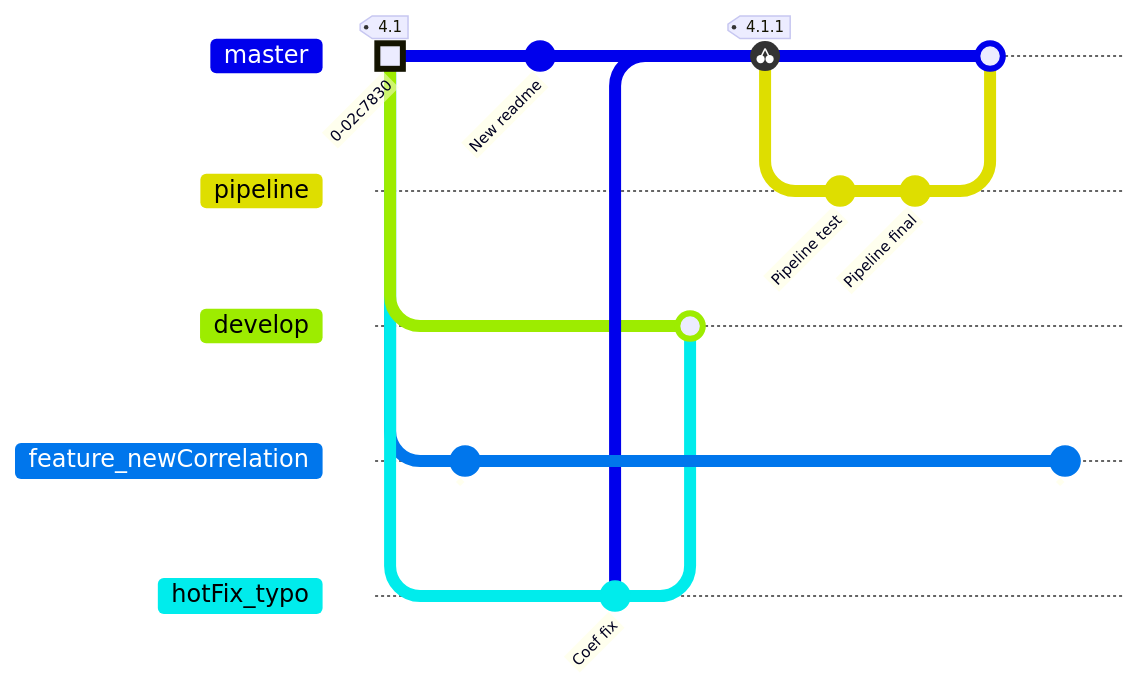
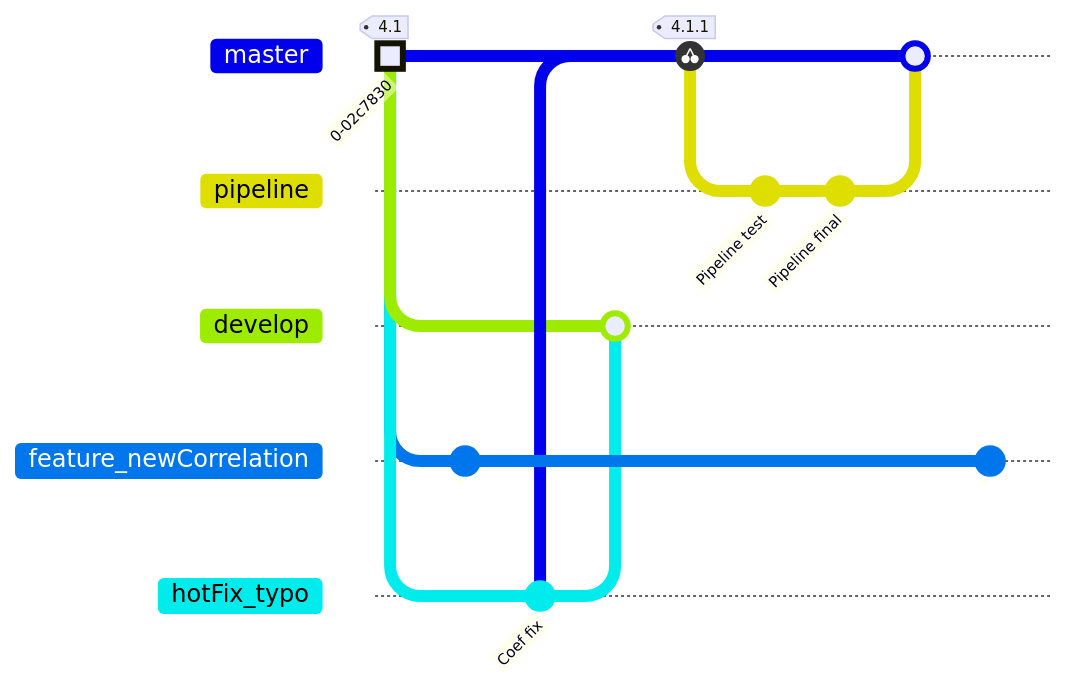
Before and after one commit to Claire-Eleutheriane/ThermoSysPro: the second of 3 diagrams in ContributionsWorkflow.md, drawn with Mermaid. The commit also changed other lines of this file, not shown here. Commit ids are hidden.

````diff
--- a/ContributionsWorkflow.md
+++ b/ContributionsWorkflow.md
@@ -65,24 +63,22 @@
 ```mermaid
 %%{init: {'gitGraph': {'showCommitLabel': true, 'mainBranchName':'master'}} }%%
 gitGraph
 commit type: HIGHLIGHT tag: "4.1"
 branch develop order: 2
 branch feature_newCorrelation order: 3
 commit id:"  "
-checkout master
-commit id: "New readme"
 checkout develop
 branch hotFix_typo order: 4
 commit id: "Coef fix"
 checkout develop
 merge hotFix_typo
 checkout master
 cherry-pick id: "Coef fix" tag: "4.1.1"
 branch pipeline order: 1
 commit id: "Pipeline test"
 commit id: "Pipeline final"
 checkout master
 merge pipeline
 checkout feature_newCorrelation
 commit id:" "
 ```
````
